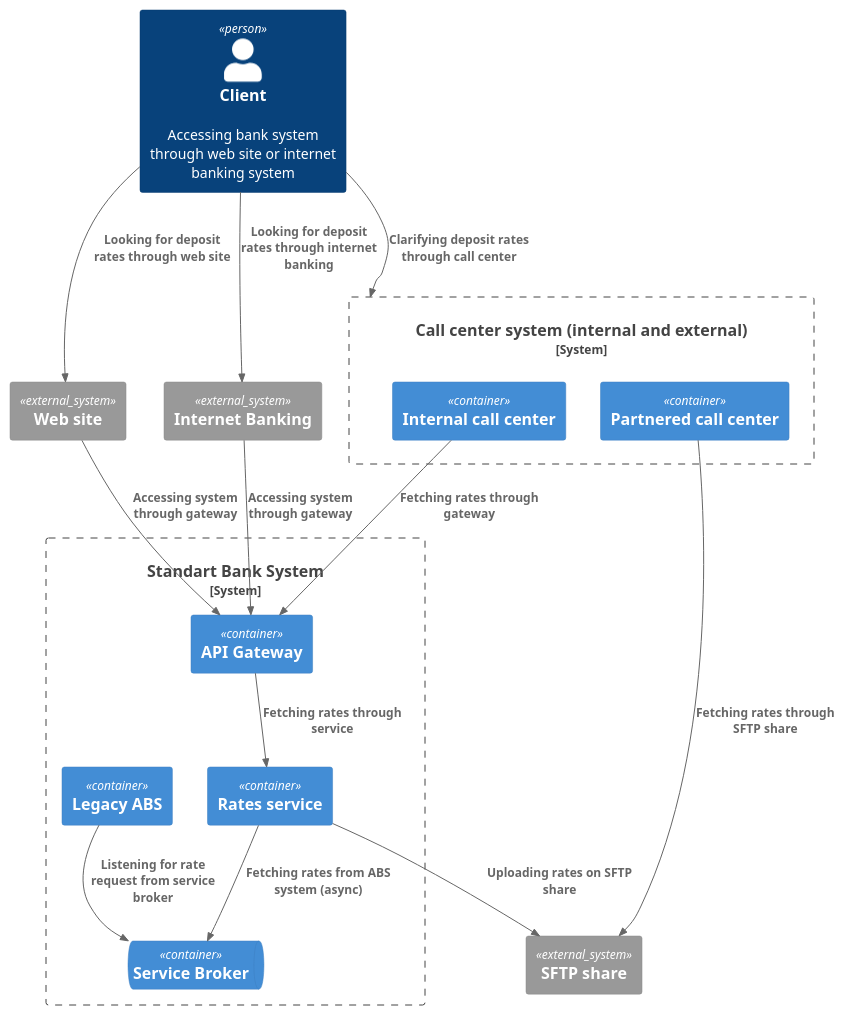
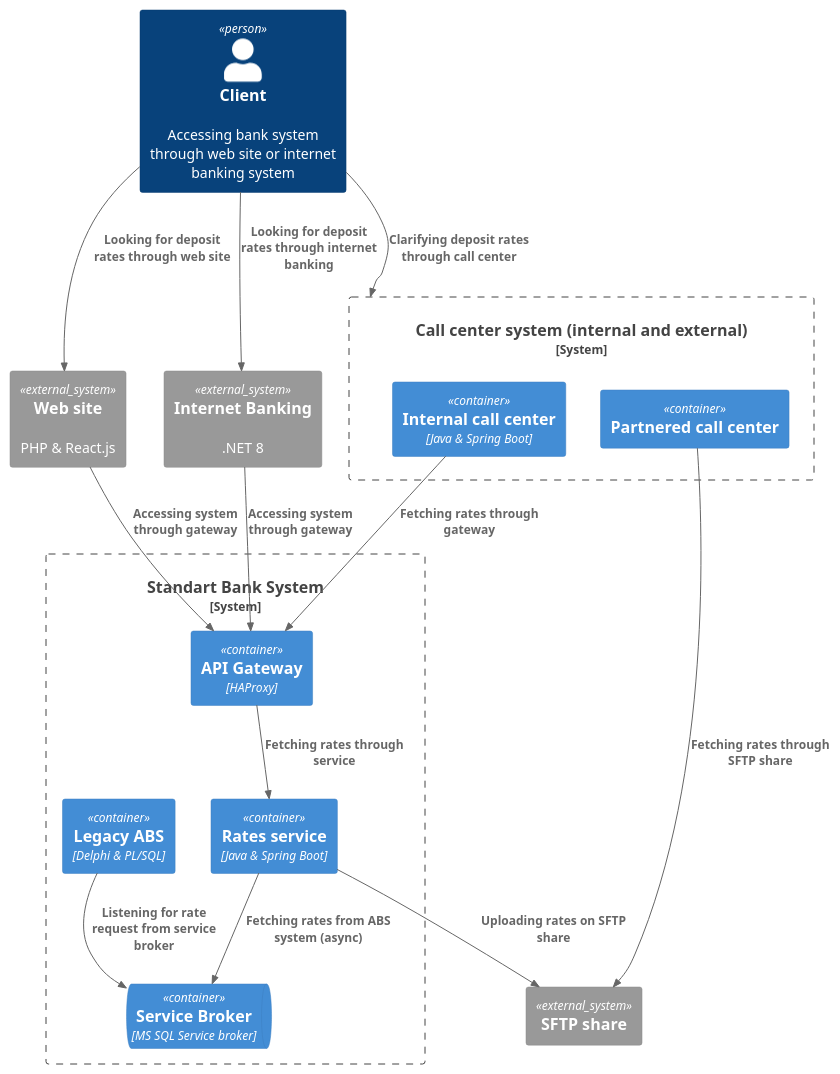
Before and after one commit to iceglen/architecture-pro-standart: the diagram in task4/c4_container.puml, drawn with PlantUML. The commit also changed 4 other files, not shown here.

```diff
--- a/task4/c4_container.puml
+++ b/task4/c4_container.puml
@@ -1,38 +1,38 @@
 @startuml Standart Bank System Container Diagram
 !include <C4/C4_Container>
 
 Person(user, "Client", "Accessing bank system through web site or internet banking system")
 
 System_Boundary(bank_system, "Standart Bank System") {
-    Container(api_gateway, "API Gateway")
-    ContainerQueue(service_broker, "Service Broker")
-    Container(legacy_abs, "Legacy ABS")
-    Container(rates_service, "Rates service")
+    Container(api_gateway, "API Gateway", "HAProxy")
+    ContainerQueue(service_broker, "Service Broker", "MS SQL Service broker")
+    Container(legacy_abs, "Legacy ABS", "Delphi & PL/SQL")
+    Container(rates_service, "Rates service", "Java & Spring Boot")
 }
 
 System_Boundary(call_center, "Call center system (internal and external)") {
-    Container(call_center_int, "Internal call center")
+    Container(call_center_int, "Internal call center", "Java & Spring Boot")
     Container(call_center_ext, "Partnered call center")
 }
 
-System_Ext(web, "Web site")
-System_Ext(inet_bank, "Internet Banking")
+System_Ext(web, "Web site", "PHP & React.js")
+System_Ext(inet_bank, "Internet Banking", ".NET 8")
 System_Ext(sftp_share, "SFTP share")
 
 Rel(user, web, "Looking for deposit rates through web site")
 Rel(user, inet_bank, "Looking for deposit rates through internet banking")
 Rel(user, call_center, "Clarifying deposit rates through call center")
 
 Rel(web, api_gateway, "Accessing system through gateway")
 Rel(inet_bank, api_gateway, "Accessing system through gateway")
 
 Rel(call_center_int, api_gateway, "Fetching rates through gateway")
 Rel(api_gateway, rates_service, "Fetching rates through service")
 Rel(rates_service, service_broker, "Fetching rates from ABS system (async)")
 
 Rel(call_center_ext, sftp_share, "Fetching rates through SFTP share")
 Rel(rates_service, sftp_share, "Uploading rates on SFTP share")
 
 Rel(legacy_abs, service_broker, "Listening for rate request from service broker")
 
 @enduml
```
